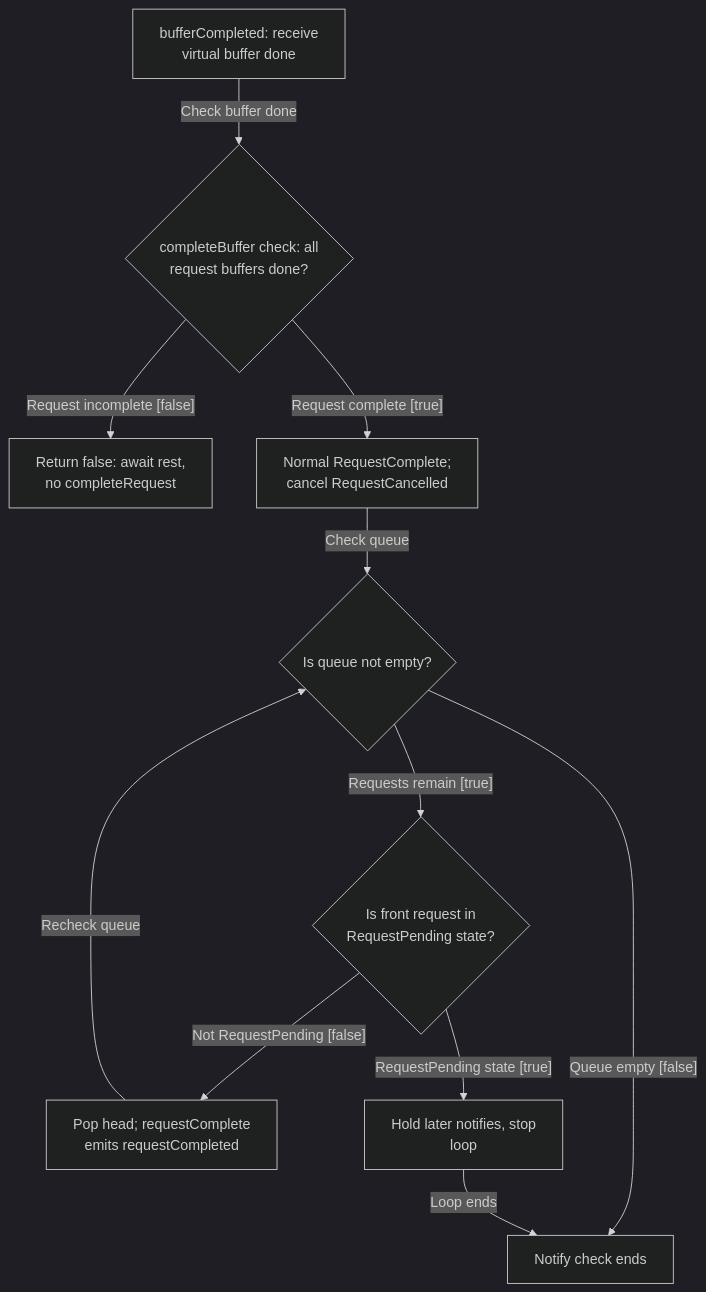
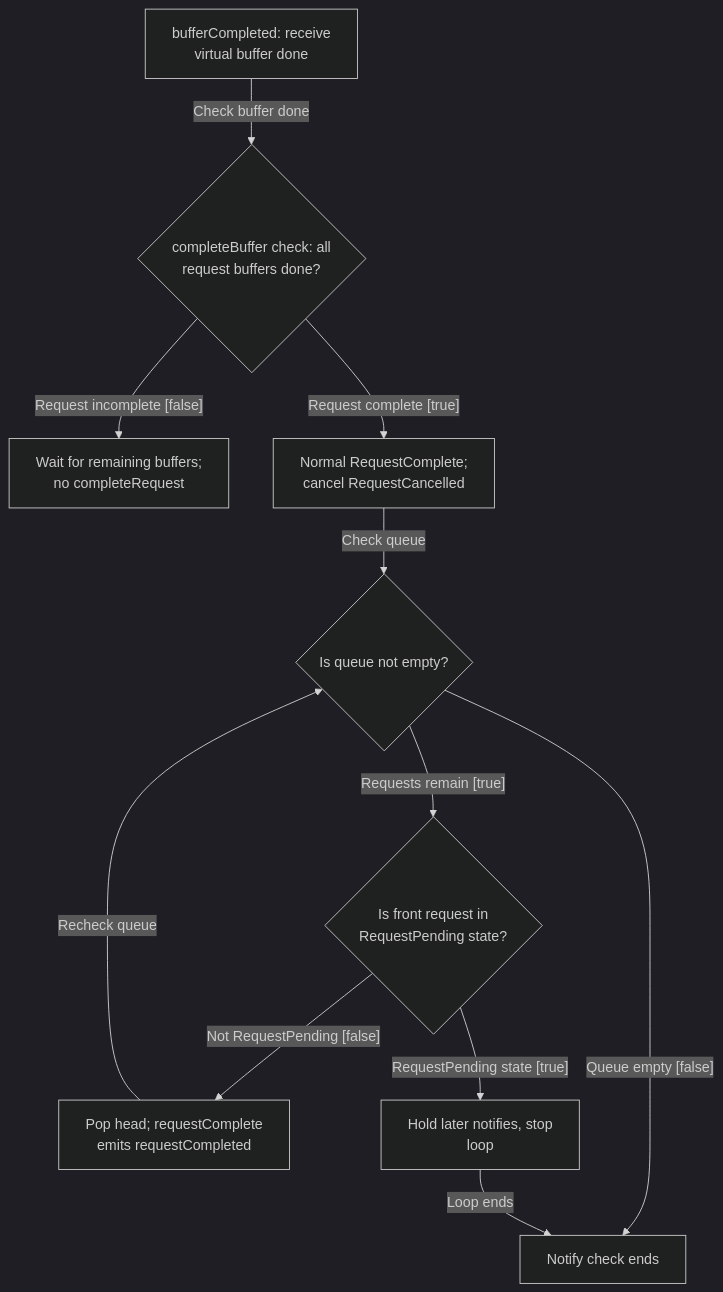
One commit to TTolsun/libcamera-sdd changed the diagram in docs/en/official-cam-validation.request-completion-order.mmd. Above: the diagram before and after it, drawn with Mermaid (dark theme). The commit also changed 125 other files, not shown here.

```diff
--- a/docs/en/official-cam-validation.request-completion-order.mmd
+++ b/docs/en/official-cam-validation.request-completion-order.mmd
@@ -1,21 +1,21 @@
 flowchart TB
 
   v_n0["bufferCompleted: receive <br/>virtual buffer done"]
   v_n1{"completeBuffer check: all <br/>request buffers done?"}
-  v_n2["Return false: await rest, <br/>no completeRequest"]
+  v_n2["Wait for remaining buffers; <br/>no completeRequest"]
   v_n3["Normal RequestComplete; <br/>cancel RequestCancelled"]
   v_n4{"Is front request in <br/>RequestPending state?"}
   v_n5["Pop head; requestComplete <br/>emits requestCompleted"]
   v_n6["Hold later notifies, stop <br/>loop"]
   v_n7{"Is queue not empty?"}
   v_n8["Notify check ends"]
   v_n0 -->|"Check buffer done"| v_n1
   v_n1 -->|"Request incomplete #91;false#93;"| v_n2
   v_n1 -->|"Request complete #91;true#93;"| v_n3
   v_n3 -->|"Check queue"| v_n7
   v_n7 -->|"Requests remain #91;true#93;"| v_n4
   v_n7 -->|"Queue empty #91;false#93;"| v_n8
   v_n4 -->|"RequestPending state #91;true#93;"| v_n6
   v_n4 -->|"Not RequestPending #91;false#93;"| v_n5
   v_n5 -->|"Recheck queue"| v_n7
   v_n6 -->|"Loop ends"| v_n8
```
